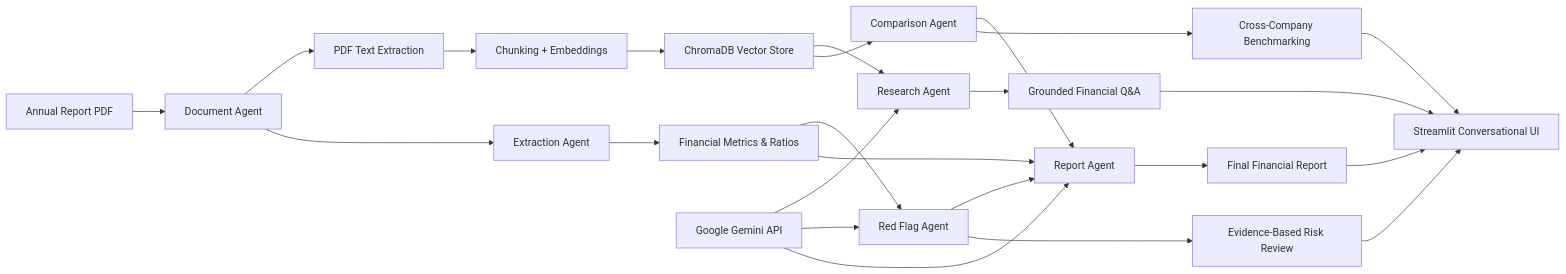
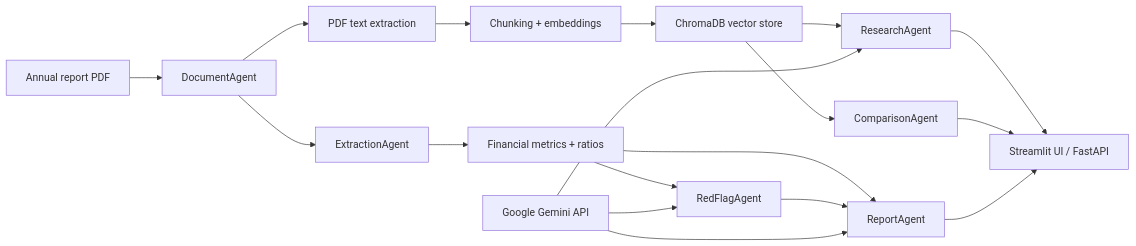
Before and after one commit to Sp-4030/Financial_Multi_Agent: the diagram in README.md, drawn with Mermaid. The commit also changed other lines of this file and 1 other file, not shown here.

````diff
--- a/README.md
+++ b/README.md
@@ -16,31 +20,22 @@
 ```mermaid
 flowchart LR
-    A[Annual Report PDF] --> B[Document Agent]
-    B --> C[PDF Text Extraction]
-    C --> D[Chunking + Embeddings]
-    D --> E[ChromaDB Vector Store]
+    A[Annual report PDF] --> B[DocumentAgent]
+    B --> C[PDF text extraction]
+    C --> D[Chunking + embeddings]
+    D --> E[ChromaDB vector store]
 
-    B --> G[Extraction Agent]
-    G --> H[Financial Metrics & Ratios]
-    H --> I[Red Flag Agent]
+    B --> F[ExtractionAgent]
+    F --> G[Financial metrics + ratios]
+    G --> H[RedFlagAgent]
+    E --> I[ResearchAgent]
+    E --> J[ComparisonAgent]
+    G --> K[ReportAgent]
+    H --> K
+    I --> L[Streamlit UI / FastAPI]
+    J --> L
+    K --> L
 
-    E --> F[Research Agent]
-    E --> M[Comparison Agent]
-    H --> N[Report Agent]
-    I --> N
-    M --> N
-
-    F --> J[Grounded Financial Q&A]
-    I --> K[Evidence-Based Risk Review]
-    M --> L[Cross-Company Benchmarking]
-    N --> R[Final Financial Report]
-
-    J --> S[Streamlit Conversational UI]
-    K --> S
-    L --> S
-    R --> S
-
-    P[Google Gemini API] --> F
-    P --> I
-    P --> N
+    M[Google Gemini API] --> I
+    M --> H
+    M --> K
 ```
````
